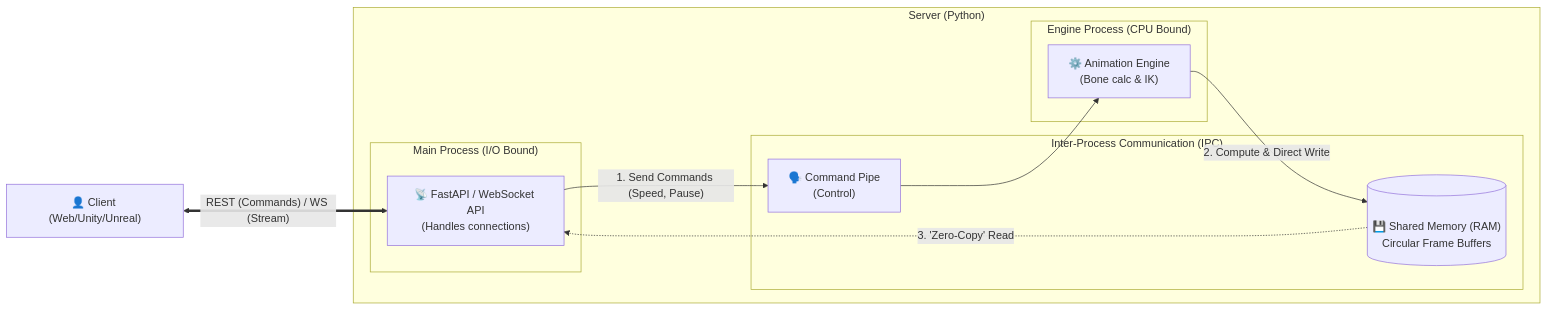
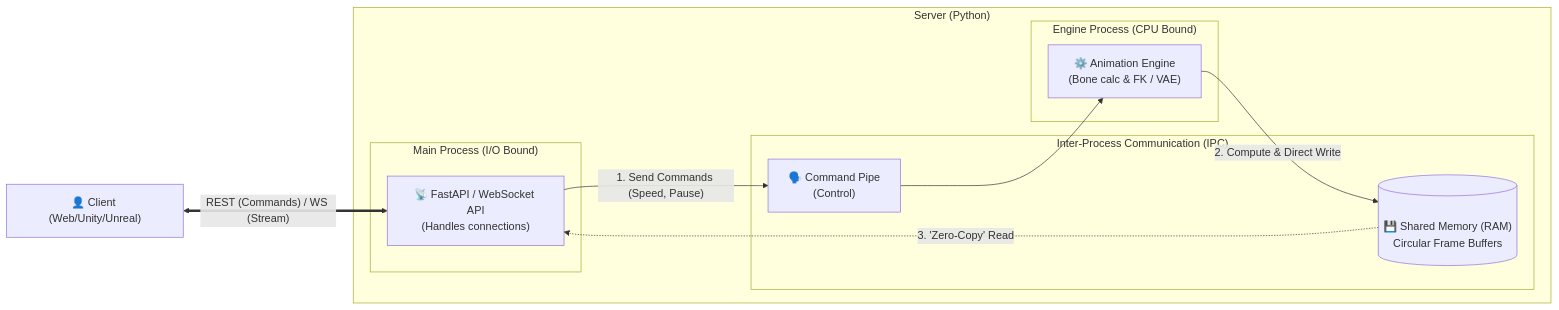
One commit to HE-Arc/MoMa_REST_Server changed the first of 2 diagrams in README.md. Above: the diagram before and after it, drawn with Mermaid.

Commit message:
Update animation engine description in README

````diff
--- a/README.md
+++ b/README.md
@@ -13,26 +13,26 @@
 ```mermaid
 graph LR
     Client["👤 Client (Web/Unity/Unreal)"]
 
     subgraph Server ["Server (Python)"]
         subgraph MainProcess ["Main Process (I/O Bound)"]
             API["📡 FastAPI / WebSocket API<br>(Handles connections)"]
         end
 
         subgraph IPC ["Inter-Process Communication (IPC)"]
             SHM[("<br>💾 Shared Memory (RAM)<br>Circular Frame Buffers")]
             Pipe["🗣️ Command Pipe<br>(Control)"]
         end
 
         subgraph ChildProcess ["Engine Process (CPU Bound)"]
-            Engine["⚙️ Animation Engine<br>(Bone calc & IK)"]
+            Engine["⚙️ Animation Engine<br>(Bone calc & FK / VAE)"]
         end
     end
 
 %% Data Flow
     Client <==>|" REST (Commands) / WS (Stream) "| API
     API -- " 1. Send Commands (Speed, Pause) " --> Pipe
     Pipe --> Engine
     Engine -- " 2. Compute & Direct Write " --> SHM
     SHM -.->|" 3. 'Zero-Copy' Read "| API
 ```
````
